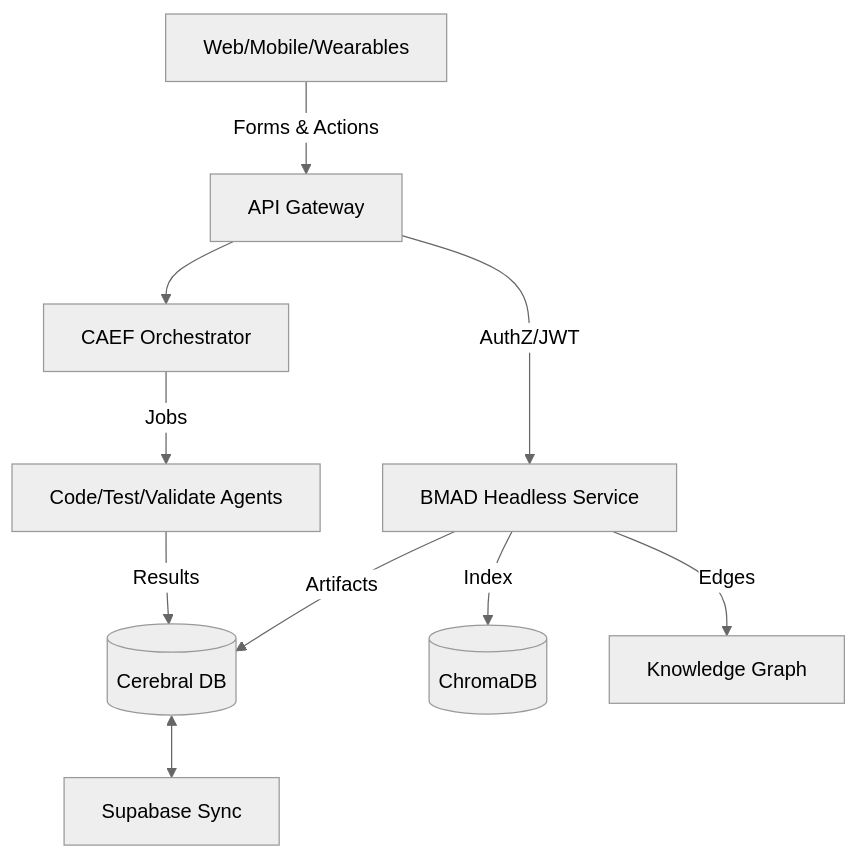
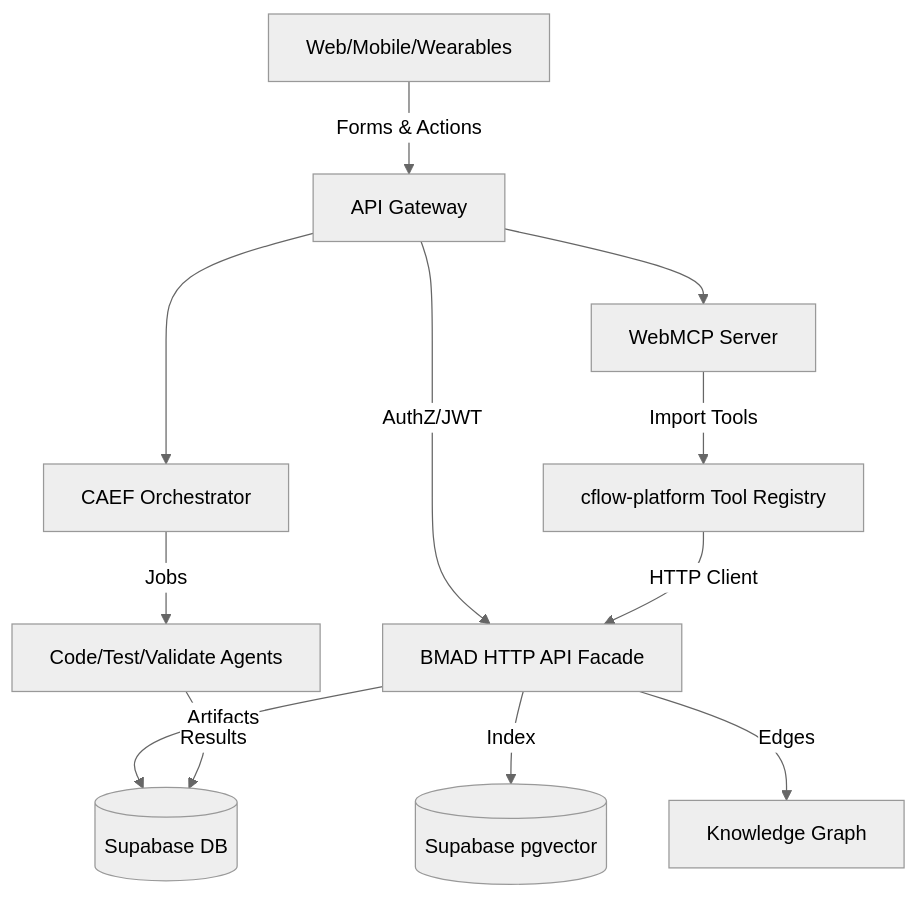
Before and after one commit to baerautotech/cflow-platform: the diagram in docs/plans/BMAD_CORE_PLATFORM_INTEGRATION_PLAN.md, drawn with Mermaid (neutral theme). The commit also changed other lines of this file and 3 other files, not shown here.

First line of the commit message:
feat: correct BMAD plan architecture for cerebral cluster deployment

````diff
--- a/docs/plans/BMAD_CORE_PLATFORM_INTEGRATION_PLAN.md
+++ b/docs/plans/BMAD_CORE_PLATFORM_INTEGRATION_PLAN.md
@@ -44,12 +46,14 @@
 ```mermaid
 graph TD
   U[Web/Mobile/Wearables] -->|Forms & Actions| GW[API Gateway]
-  GW -->|AuthZ/JWT| BMAD[BMAD Headless Service]
+  GW -->|AuthZ/JWT| BMAD[BMAD HTTP API Facade]
   GW --> CAEF[CAEF Orchestrator]
-  BMAD -->|Artifacts| DB[(Cerebral DB)]
-  BMAD -->|Index| RAG[(ChromaDB)]
+  GW --> WebMCP[WebMCP Server]
+  BMAD -->|Artifacts| DB[(Supabase DB)]
+  BMAD -->|Index| RAG[(Supabase pgvector)]
   BMAD -->|Edges| KG[Knowledge Graph]
   CAEF -->|Jobs| EXEC[Code/Test/Validate Agents]
   EXEC -->|Results| DB
-  DB <--> SYNC[Supabase Sync]
+  WebMCP -->|Import Tools| CFlow[cflow-platform Tool Registry]
+  CFlow -->|HTTP Client| BMAD
 ```
````
